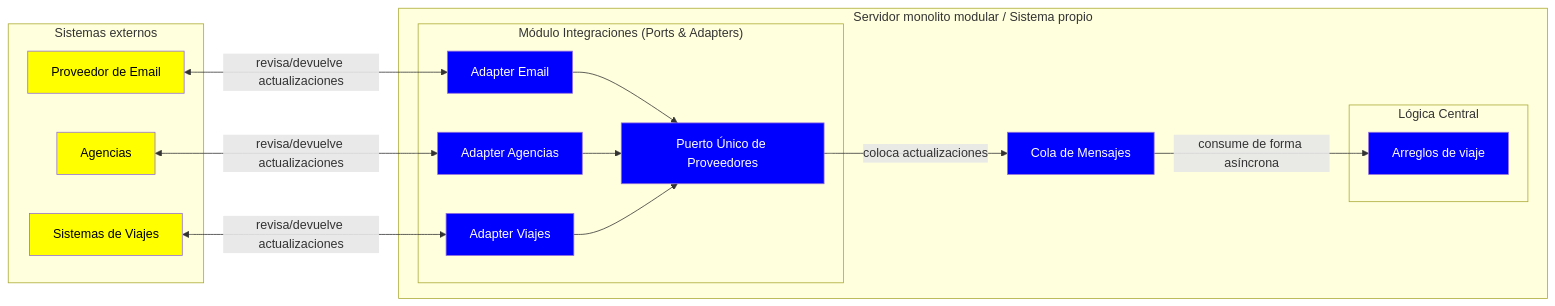
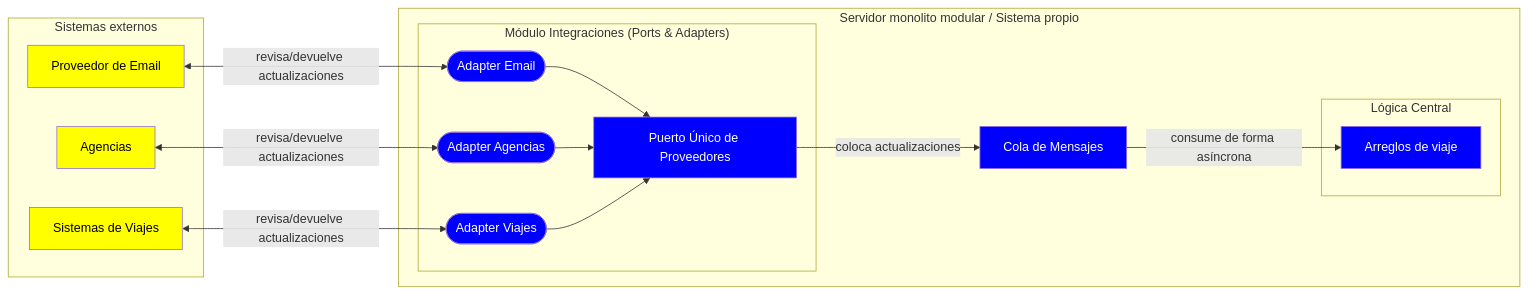
Before and after one commit to RubeKN/trotamundos: the first of 2 diagrams in docs/02-add/iteracion-2.md, drawn with Mermaid. The commit also changed other lines of this file and 1 other file, not shown here.

Commit message:
Refine documentation and diagrams for Iteration 1 and 2, updating section titles and improving clarity on system architecture and integration modules. Se añadieron vistas

````diff
--- a/docs/02-add/iteracion-2.md
+++ b/docs/02-add/iteracion-2.md
@@ -44,41 +45,40 @@
 ```mermaid
 flowchart LR
 
-
     subgraph SRV ["Servidor monolito modular / Sistema propio"]
         subgraph INT ["Módulo Integraciones (Ports & Adapters)"]
-            AD_EMAIL["Adapter Email"]
-            AD_AGENCY["Adapter Agencias"]
-            AD_TRAVEL["Adapter Viajes"]
+            AD_EMAIL@{ shape: stadium, label: "Adapter Email" }
+            AD_AGENCY@{ shape: stadium, label: "Adapter Agencias" }
+            AD_TRAVEL@{ shape: stadium, label: "Adapter Viajes" }
             PORT["Puerto Único de Proveedores"]
         end
             QUEUE["Cola de Mensajes"]
         subgraph CORE ["Lógica Central"]
             VIA["Arreglos de viaje"]
         end
     end
-        subgraph EXT_SYS ["Sistemas externos"]
+    subgraph EXT_SYS ["Sistemas externos"]
         EXT_EMAIL["Proveedor de Email"]
         EXT_AGENCY["Agencias"]
         EXT_TRAVEL["Sistemas de Viajes"]
     end
 
     %% Relaciones externas hacia los adaptadores
     EXT_EMAIL <-->|"revisa/devuelve actualizaciones"| AD_EMAIL
     EXT_AGENCY <-->|"revisa/devuelve actualizaciones"| AD_AGENCY
     EXT_TRAVEL <-->|"revisa/devuelve actualizaciones"| AD_TRAVEL
 
     %% Relaciones internas de Ports & Adapters y la Cola
     AD_EMAIL --> PORT
     AD_AGENCY --> PORT
     AD_TRAVEL --> PORT
     PORT -->|"coloca actualizaciones"| QUEUE
     QUEUE -->|"consume de forma asíncrona"| VIA
 
     %% Estilos aplicados
     classDef core fill:#0000ff,color:#ffffff
     classDef external fill:#ffff00,color:#000000
 
-    class AD_EMAIL,AD_AGENCY,AD_TRAVEL,PORT,QUEUE,VIA core
+    class ADPTR,AD_EMAIL,AD_AGENCY,AD_TRAVEL,PORT,QUEUE,VIA core
     class EXT_EMAIL,EXT_AGENCY,EXT_TRAVEL external
 ```
````
